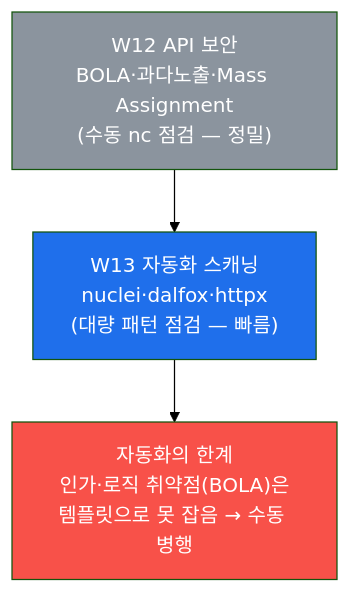
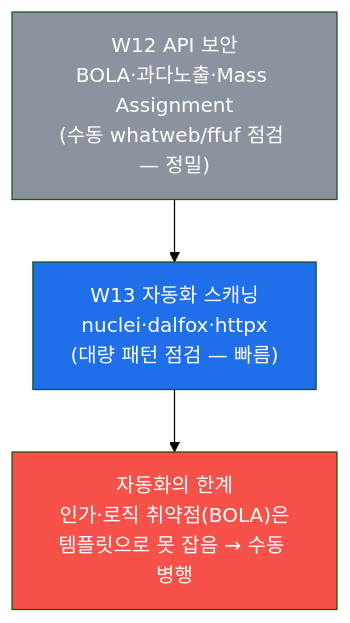
Before and after one commit to mrgrit/tw2: the ninth of 9 diagrams in contents/training/web-vuln/lecture_week12.md, drawn with Mermaid (forest theme). The commit also changed other lines of this file and 25 other files, not shown here.

First line of the commit message:
fix(web-vuln): nc(raw HTTP) → 진짜 공격도구 (sqlmap/dalfox/ffuf/nikto/nuclei/hydra/whatweb)

````diff
--- a/contents/training/web-vuln/lecture_week12.md
+++ b/contents/training/web-vuln/lecture_week12.md
@@ -704,10 +706,10 @@
 ```mermaid
 graph TD
-    W12["W12 API 보안<br/>BOLA·과다노출·Mass Assignment<br/>(수동 nc 점검 — 정밀)"]
+    W12["W12 API 보안<br/>BOLA·과다노출·Mass Assignment<br/>(수동 whatweb/ffuf 점검 — 정밀)"]
     W13["W13 자동화 스캐닝<br/>nuclei·dalfox·httpx<br/>(대량 패턴 점검 — 빠름)"]
     LIMIT["자동화의 한계<br/>인가·로직 취약점(BOLA)은<br/>템플릿으로 못 잡음 → 수동 병행"]
     W12 --> W13 --> LIMIT
     style W12 fill:#8b949e,color:#fff
     style W13 fill:#1f6feb,color:#fff
     style LIMIT fill:#f85149,color:#fff
 ```
````
